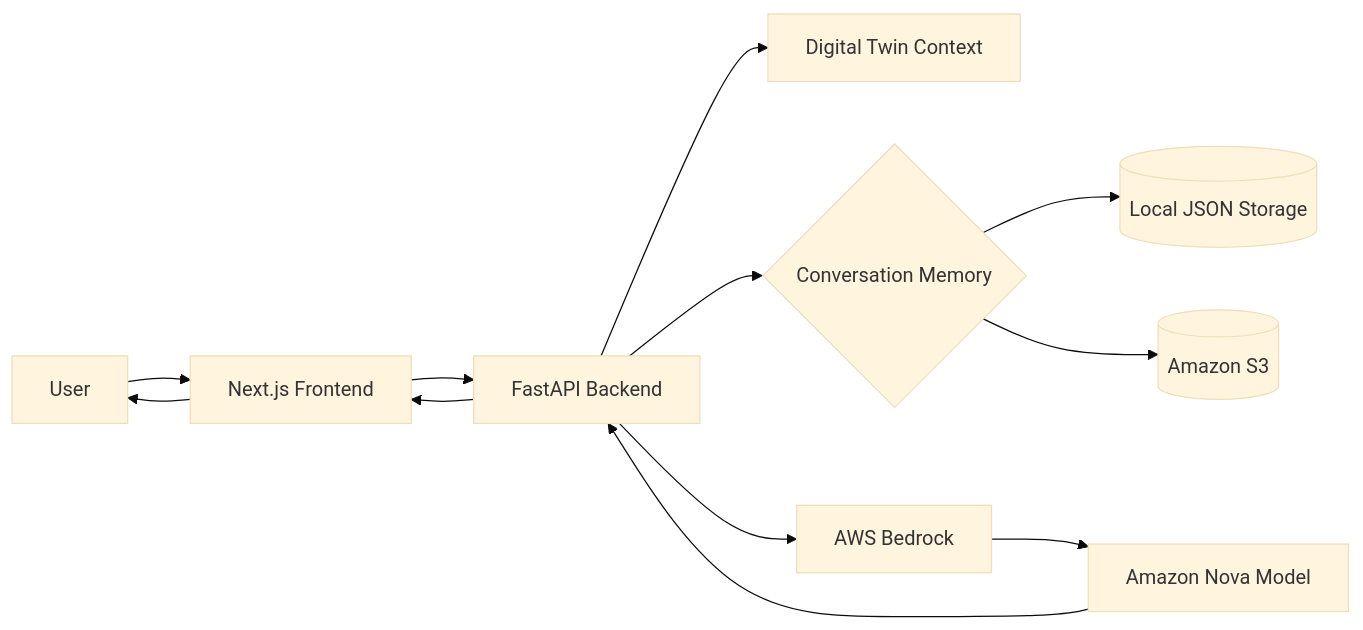
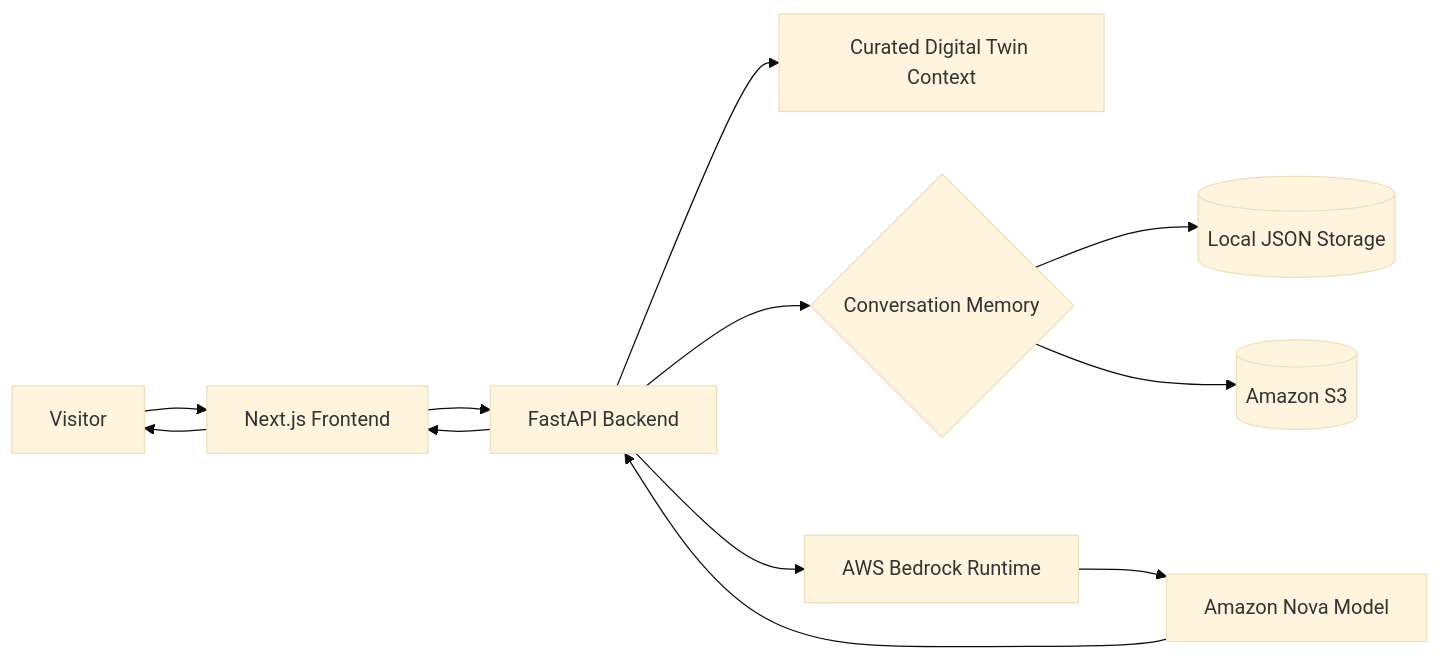
Before and after one commit to bkane56/twin: the first of 4 diagrams in README.md, drawn with Mermaid (base theme). The commit also changed other lines of this file and 1 other file, not shown here.

````diff
--- a/README.md
+++ b/README.md
@@ -36,14 +59,14 @@
 ```mermaid
 flowchart LR
-    User[User] --> Browser[Next.js Frontend]
-    Browser --> API[FastAPI Backend]
-    API --> Prompt[Digital Twin Context]
+    User[Visitor] --> UI[Next.js Frontend]
+    UI --> API[FastAPI Backend]
+    API --> Context[Curated Digital Twin Context]
     API --> Memory{Conversation Memory}
     Memory --> Local[(Local JSON Storage)]
     Memory --> S3[(Amazon S3)]
-    API --> Bedrock[AWS Bedrock]
+    API --> Bedrock[AWS Bedrock Runtime]
     Bedrock --> Nova[Amazon Nova Model]
     Nova --> API
-    API --> Browser
-    Browser --> User
+    API --> UI
+    UI --> User
 ```
````
